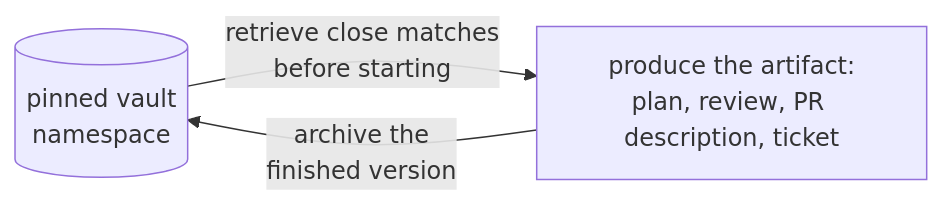
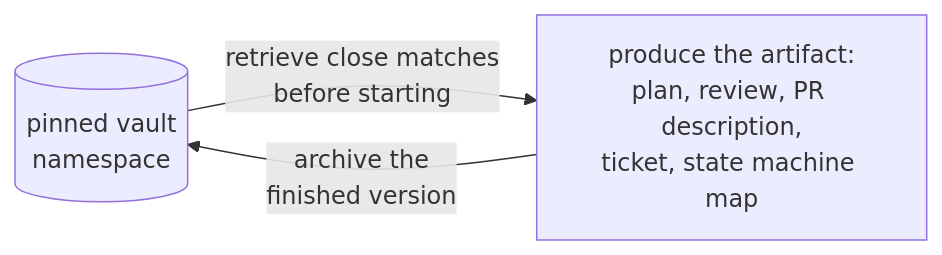
One commit to brenordv/claude-skill-set changed the third of 3 diagrams in README.md. Above: the diagram before and after it, drawn with Mermaid. The commit also changed other lines of this file and 7 other files, not shown here.

````diff
--- a/README.md
+++ b/README.md
@@ -262,5 +263,5 @@
 ```mermaid
 flowchart LR
-    V[("pinned vault<br/>namespace")] -->|"retrieve close matches<br/>before starting"| W["produce the artifact:<br/>plan, review, PR description, ticket"]
+    V[("pinned vault<br/>namespace")] -->|"retrieve close matches<br/>before starting"| W["produce the artifact:<br/>plan, review, PR description,<br/>ticket, state machine map"]
     W -->|"archive the<br/>finished version"| V
 ```
````
